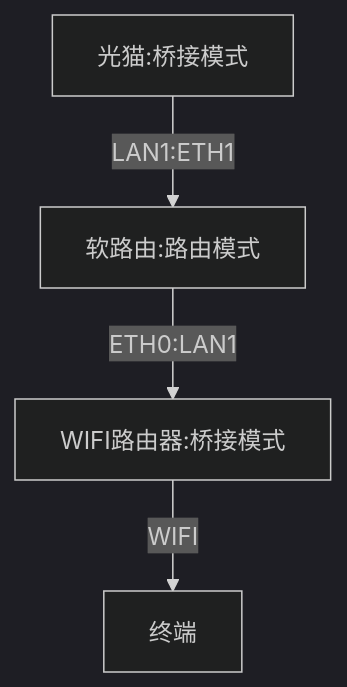
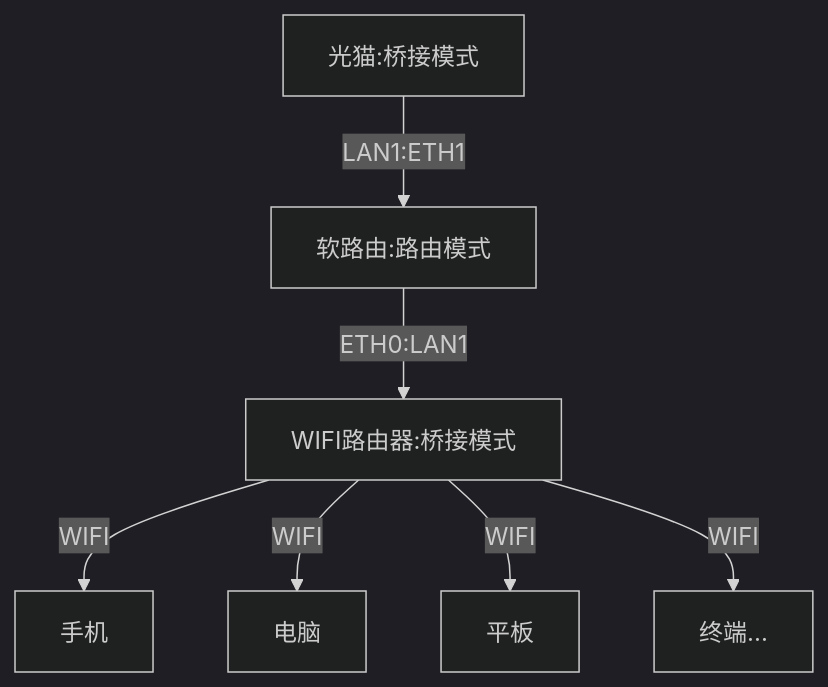
Before and after one commit to charlzyx/boom: the first of 3 diagrams in arch.md, drawn with Mermaid (dark theme). The commit also changed other lines of this file and 14 other files, not shown here.

````diff
--- a/arch.md
+++ b/arch.md
@@ -44,10 +73,16 @@
 ```mermaid
 graph TD
   A[光猫:桥接模式]
   B[软路由:路由模式]
   C[WIFI路由器:桥接模式]
-  D[终端]
+  D1[手机]
+  D2[电脑]
+  D3[平板]
+  D4[终端...]
   A -- LAN1:ETH1 --> B
   B -- ETH0:LAN1 --> C
-  C -- WIFI --> D
+  C -- WIFI --> D1
+  C -- WIFI --> D2
+  C -- WIFI --> D3
+  C -- WIFI --> D4
 ```
````
